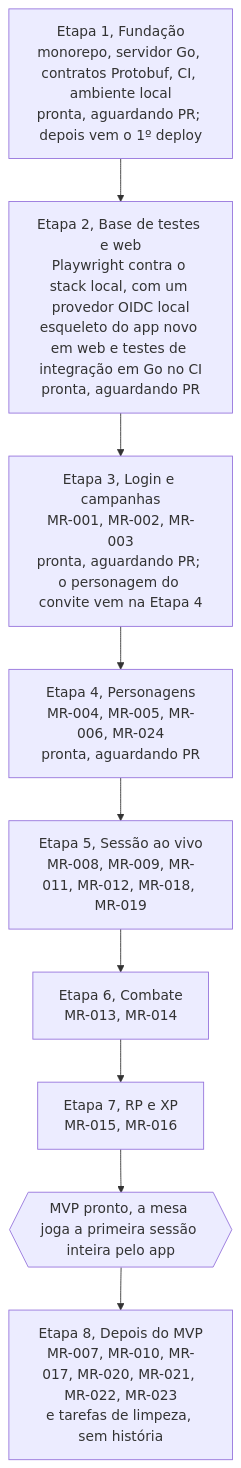
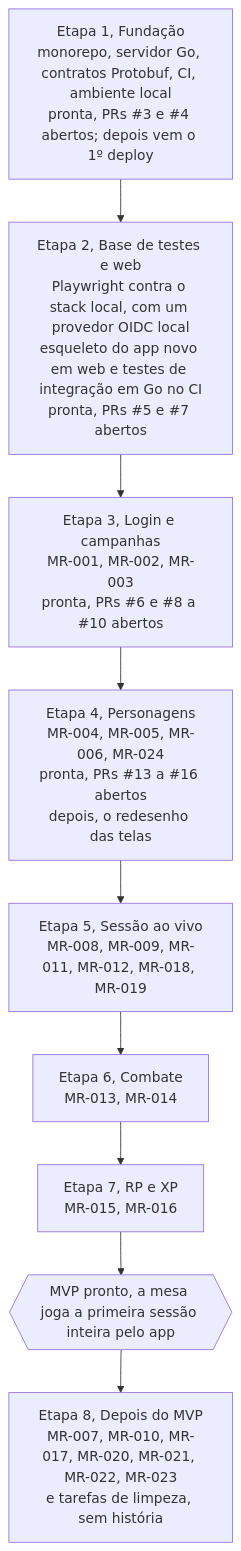
The diagram in docs/roadmap.md (PuraFome/meuRPG), drawn with Mermaid before and after one commit. The commit also changed other lines of this file and 10 other files, not shown here.

````diff
--- a/docs/roadmap.md
+++ b/docs/roadmap.md
@@ -5,14 +5,14 @@
 ```mermaid
 flowchart TD
-    E1["Etapa 1, Fundação<br/>monorepo, servidor Go, contratos Protobuf, CI, ambiente local<br/>pronta, aguardando PR; depois vem o 1º deploy"]
-    E2["Etapa 2, Base de testes e web<br/>Playwright contra o stack local, com um provedor OIDC local<br/>esqueleto do app novo em web e testes de integração em Go no CI<br/>pronta, aguardando PR"]
-    E3["Etapa 3, Login e campanhas<br/>MR-001, MR-002, MR-003<br/>pronta, aguardando PR; o personagem do convite vem na Etapa 4"]
-    E4["Etapa 4, Personagens<br/>MR-004, MR-005, MR-006, MR-024<br/>pronta, aguardando PR"]
+    E1["Etapa 1, Fundação<br/>monorepo, servidor Go, contratos Protobuf, CI, ambiente local<br/>pronta, PRs #3 e #4 abertos; depois vem o 1º deploy"]
+    E2["Etapa 2, Base de testes e web<br/>Playwright contra o stack local, com um provedor OIDC local<br/>esqueleto do app novo em web e testes de integração em Go no CI<br/>pronta, PRs #5 e #7 abertos"]
+    E3["Etapa 3, Login e campanhas<br/>MR-001, MR-002, MR-003<br/>pronta, PRs #6 e #8 a #10 abertos"]
+    E4["Etapa 4, Personagens<br/>MR-004, MR-005, MR-006, MR-024<br/>pronta, PRs #13 a #16 abertos<br/>depois, o redesenho das telas"]
     E5["Etapa 5, Sessão ao vivo<br/>MR-008, MR-009, MR-011, MR-012, MR-018, MR-019"]
     E6["Etapa 6, Combate<br/>MR-013, MR-014"]
     E7["Etapa 7, RP e XP<br/>MR-015, MR-016"]
     MVP{{"MVP pronto, a mesa joga a primeira sessão inteira pelo app"}}
     E8["Etapa 8, Depois do MVP<br/>MR-007, MR-010, MR-017, MR-020, MR-021, MR-022, MR-023<br/>e tarefas de limpeza, sem história"]
 
     E1 --> E2 --> E3 --> E4 --> E5 --> E6 --> E7 --> MVP --> E8
 ```
````
